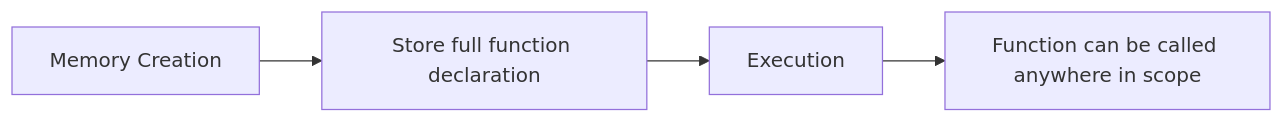
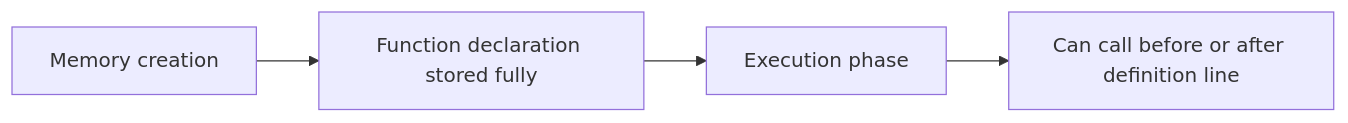
One commit to AbhishekDhone7/javascript-git-basics changed the tenth of 14 diagrams in JavaScript-Beginners-Guide.md. Above: the diagram before and after it, drawn with Mermaid. The commit also changed other lines of this file and 1 other file, not shown here.

````diff
--- a/JavaScript-Beginners-Guide.md
+++ b/JavaScript-Beginners-Guide.md
@@ -764,6 +778,6 @@
 ```mermaid
 flowchart LR
-A[Memory Creation] --> B[Store full function declaration]
-B --> C[Execution]
-C --> D[Function can be called anywhere in scope]
+A[Memory creation] --> B[Function declaration stored fully]
+B --> C[Execution phase]
+C --> D[Can call before or after definition line]
 ```
````
